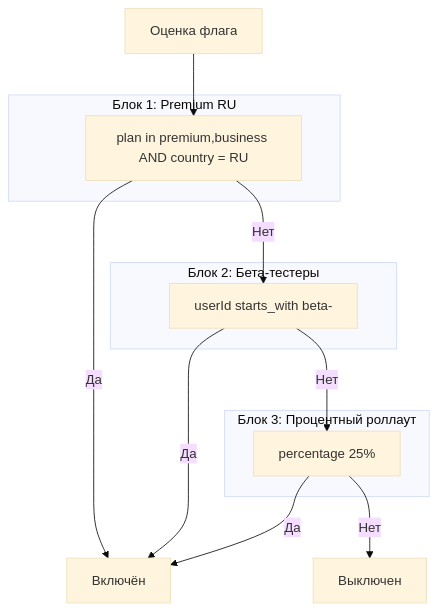
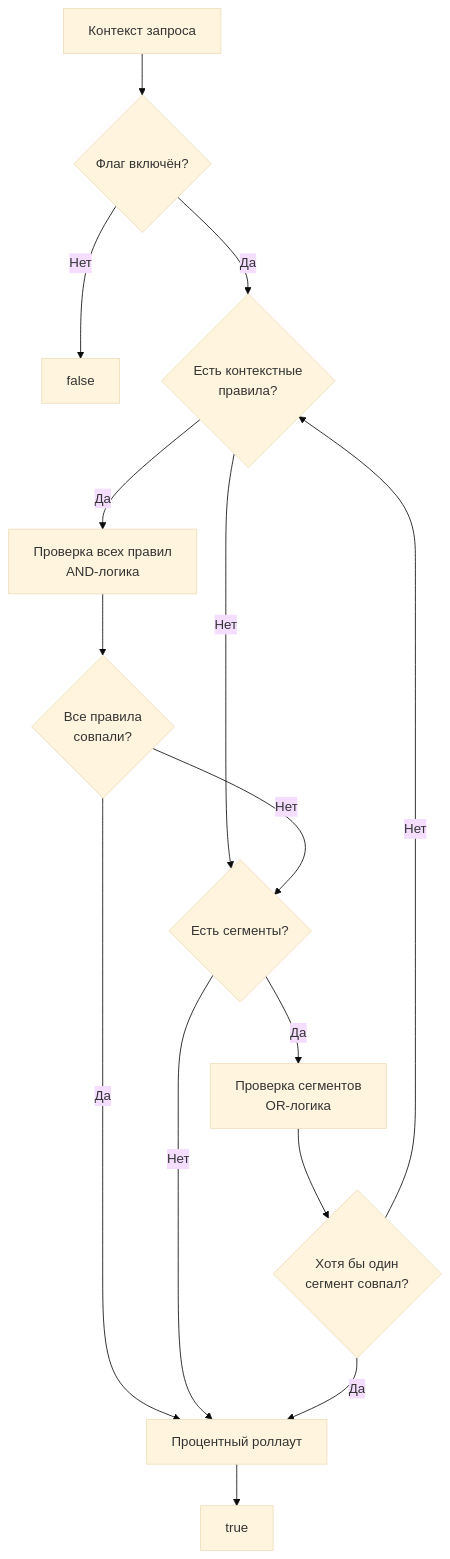
The diagram in docs/guide/targeting.md (edgar-dev20/mozhno), drawn with Mermaid (base theme) before and after one commit. The commit also changed other lines of this file and 67 other files, not shown here.

````diff
--- a/docs/guide/targeting.md
+++ b/docs/guide/targeting.md
@@ -133,19 +16,17 @@
 ```mermaid
 graph TD
-    subgraph "Блок 1: Premium RU"
-        B1[plan in premium,business AND country = RU]
-    end
-    subgraph "Блок 2: Бета-тестеры"
-        B2[userId starts_with beta-]
-    end
-    subgraph "Блок 3: Процентный роллаут"
-        B3[percentage 25%]
-    end
-    START[Оценка флага] --> B1
-    B1 -->|Да| ENABLED[Включён]
-    B1 -->|Нет| B2
-    B2 -->|Да| ENABLED
-    B2 -->|Нет| B3
-    B3 -->|Да| ENABLED
-    B3 -->|Нет| DISABLED[Выключен]
+    CTX[Контекст запроса] --> EN{Флаг включён?}
+    EN -->|Нет| FALSE[false]
+    EN -->|Да| HAS_RULES{Есть контекстные<br/>правила?}
+    HAS_RULES -->|Да| EVAL_RULES[Проверка всех правил<br/>AND-логика]
+    HAS_RULES -->|Нет| HAS_SEG{Есть сегменты?}
+    EVAL_RULES --> RULES_OK{Все правила<br/>совпали?}
+    RULES_OK -->|Нет| HAS_SEG
+    RULES_OK -->|Да| PCT[Процентный роллаут]
+    HAS_SEG -->|Да| EVAL_SEG[Проверка сегментов<br/>OR-логика]
+    HAS_SEG -->|Нет| PCT
+    EVAL_SEG --> SEG_OK{Хотя бы один<br/>сегмент совпал?}
+    SEG_OK -->|Нет| HAS_RULES
+    SEG_OK -->|Да| PCT
+    PCT --> TRUE[true]
 ```
````
